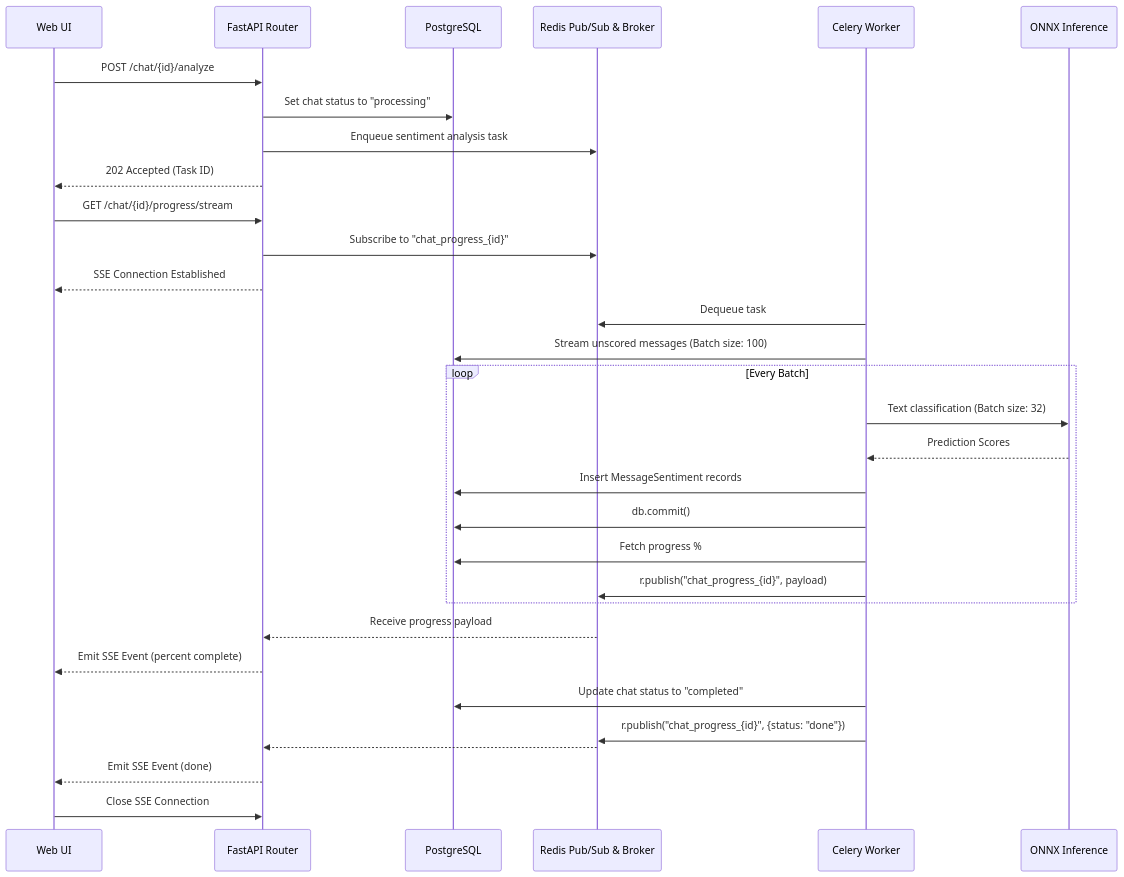
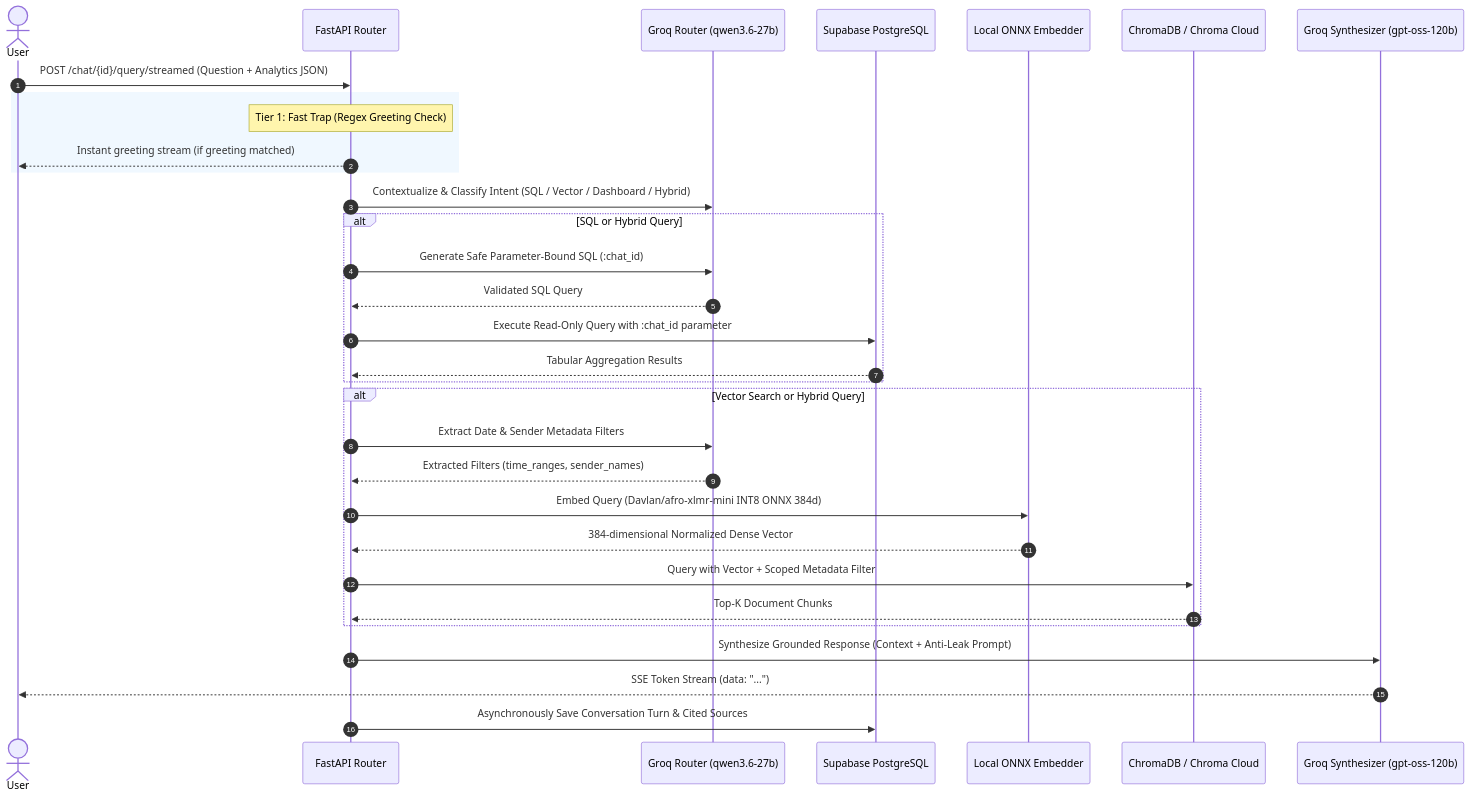
The second of 2 diagrams in README.md (JohnJodinho/whatsapp-sentiment-backend), drawn with Mermaid before and after one commit. The commit also changed other lines of this file and 27 other files, not shown here.

Commit message:
feat(arch): migrate backend to Groq LLMs, ChromaDB, and local AfroXLMR INT8 ONNX models

````diff
--- a/README.md
+++ b/README.md
@@ -95,38 +104,40 @@
 ```mermaid
 sequenceDiagram
-    participant User as Web UI
+    autonumber
+    actor User
     participant API as FastAPI Router
-    participant DB as PostgreSQL
-    participant Redis as Redis Pub/Sub & Broker
-    participant Celery as Celery Worker
-    participant ONNX as ONNX Inference
+    participant LLMRouter as Groq Router (qwen3.6-27b)
+    participant SQL as Supabase PostgreSQL
+    participant Embed as Local ONNX Embedder
+    participant Chroma as ChromaDB / Chroma Cloud
+    participant Synth as Groq Synthesizer (gpt-oss-120b)
 
-    User->>API: POST /chat/{id}/analyze
-    API->>DB: Set chat status to "processing"
-    API->>Redis: Enqueue sentiment analysis task
-    API-->>User: 202 Accepted (Task ID)
+    User->>API: POST /chat/{id}/query/streamed (Question + Analytics JSON)
     
-    User->>API: GET /chat/{id}/progress/stream
-    API->>Redis: Subscribe to "chat_progress_{id}"
-    API-->>User: SSE Connection Established
+    rect rgb(240, 248, 255)
+        Note over API: Tier 1: Fast Trap (Regex Greeting Check)
+        API-->>User: Instant greeting stream (if greeting matched)
+    end
 
-    Celery->>Redis: Dequeue task
-    Celery->>DB: Stream unscored messages (Batch size: 100)
-    loop Every Batch
-        Celery->>ONNX: Text classification (Batch size: 32)
-        ONNX-->>Celery: Prediction Scores
-        Celery->>DB: Insert MessageSentiment records
-        Celery->>DB: db.commit()
-        Celery->>DB: Fetch progress %
-        Celery->>Redis: r.publish("chat_progress_{id}", payload)
+    API->>LLMRouter: Contextualize & Classify Intent (SQL / Vector / Dashboard / Hybrid)
+    
+    alt SQL or Hybrid Query
+        API->>LLMRouter: Generate Safe Parameter-Bound SQL (:chat_id)
+        LLMRouter-->>API: Validated SQL Query
+        API->>SQL: Execute Read-Only Query with :chat_id parameter
+        SQL-->>API: Tabular Aggregation Results
     end
-    
-    Redis-->>API: Receive progress payload
-    API-->>User: Emit SSE Event (percent complete)
-    
-    Celery->>DB: Update chat status to "completed"
-    Celery->>Redis: r.publish("chat_progress_{id}", {status: "done"})
-    Redis-->>API: 
-    API-->>User: Emit SSE Event (done)
-    User->>API: Close SSE Connection
+
+    alt Vector Search or Hybrid Query
+        API->>LLMRouter: Extract Date & Sender Metadata Filters
+        LLMRouter-->>API: Extracted Filters (time_ranges, sender_names)
+        API->>Embed: Embed Query (Davlan/afro-xlmr-mini INT8 ONNX 384d)
+        Embed-->>API: 384-dimensional Normalized Dense Vector
+        API->>Chroma: Query with Vector + Scoped Metadata Filter
+        Chroma-->>API: Top-K Document Chunks
+    end
+
+    API->>Synth: Synthesize Grounded Response (Context + Anti-Leak Prompt)
+    Synth-->>User: SSE Token Stream (data: "...")
+    API->>SQL: Asynchronously Save Conversation Turn & Cited Sources
 ```
````
